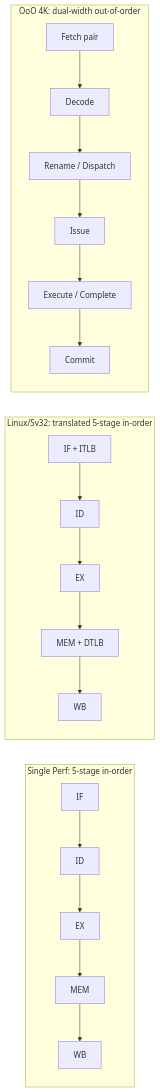
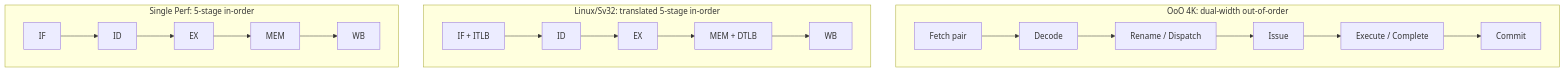
One commit to ichigo-6301/npc-riscv-open changed the second of 2 diagrams in README.en.md. Above: the diagram before and after it, drawn with Mermaid. The commit also changed 3 other files, not shown here.

Commit message:
docs: align profile pipeline diagrams horizontally

````diff
--- a/README.en.md
+++ b/README.en.md
@@ -41,12 +41,17 @@
 ```mermaid
 flowchart LR
   subgraph P1["Single Perf: 5-stage in-order"]
+    direction LR
     A1["IF"] --> A2["ID"] --> A3["EX"] --> A4["MEM"] --> A5["WB"]
   end
   subgraph P2["Linux/Sv32: translated 5-stage in-order"]
+    direction LR
     B1["IF + ITLB"] --> B2["ID"] --> B3["EX"] --> B4["MEM + DTLB"] --> B5["WB"]
   end
   subgraph P3["OoO 4K: dual-width out-of-order"]
+    direction LR
     C1["Fetch pair"] --> C2["Decode"] --> C3["Rename / Dispatch"] --> C4["Issue"] --> C5["Execute / Complete"] --> C6["Commit"]
   end
+  A5 ~~~ B1
+  B5 ~~~ C1
 ```
````
